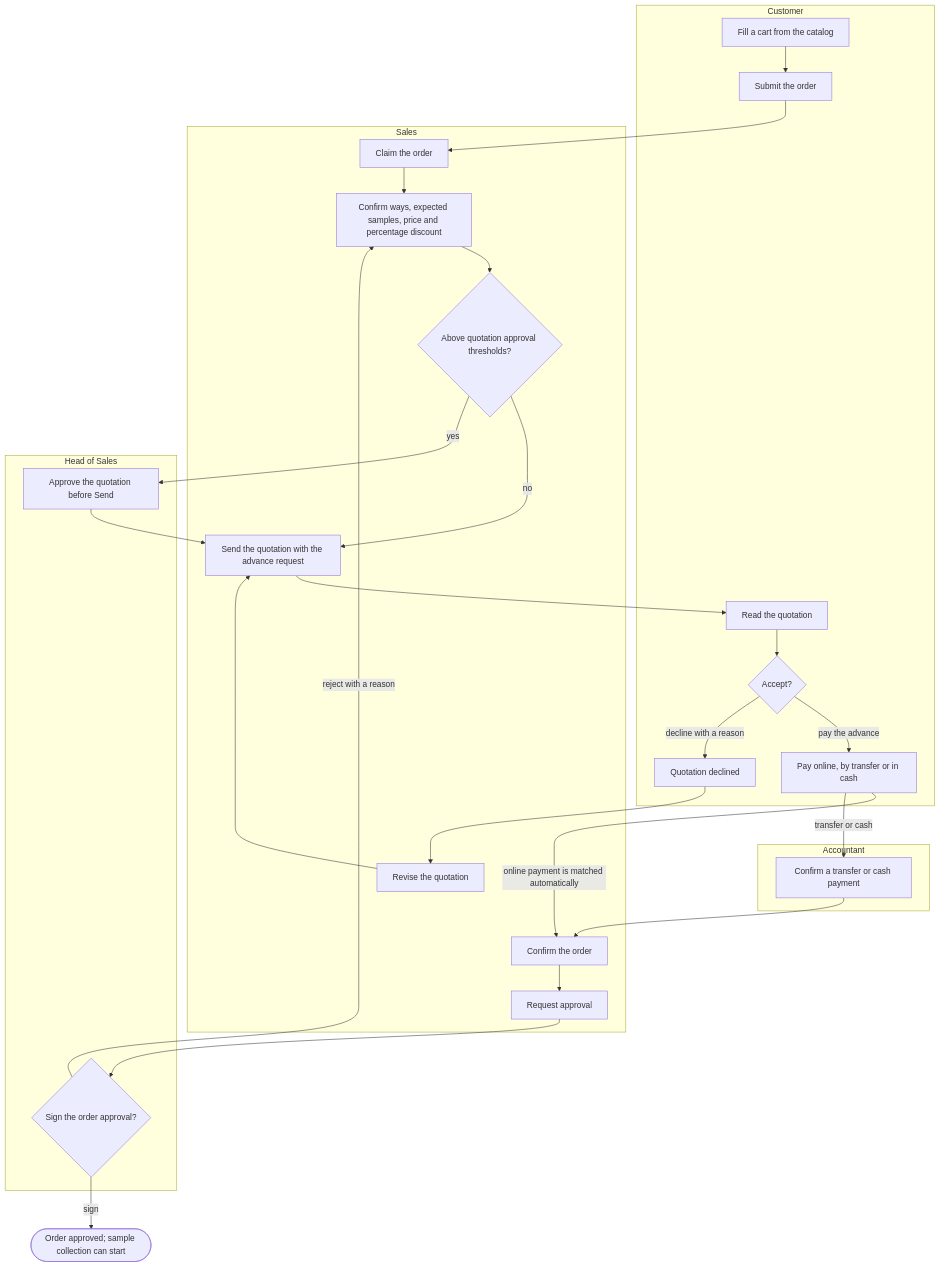
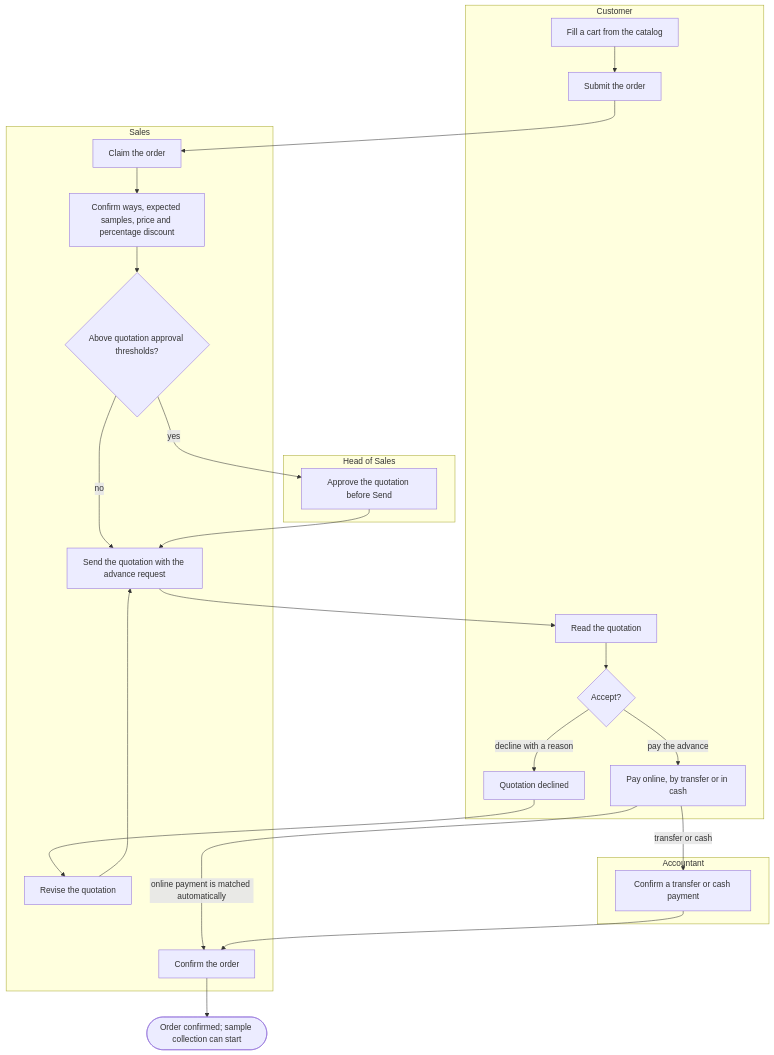
One commit to SoltuneMontepre/medilab changed the first of 17 diagrams in docs/functional/business-flows.md. Above: the diagram before and after it, drawn with Mermaid. The commit also changed other lines of this file and 27 other files, not shown here.

````diff
--- a/docs/functional/business-flows.md
+++ b/docs/functional/business-flows.md
@@ -49,32 +47,29 @@
 ```mermaid
 flowchart TD
     subgraph lane1 ["Customer"]
         c1[Fill a cart from the catalog] --> c2[Submit the order]
         c3[Read the quotation] --> c4{Accept?}
         c4 -->|pay the advance| c5[Pay online, by transfer or in cash]
         c4 -->|decline with a reason| c6[Quotation declined]
     end
     subgraph lane2 ["Sales"]
         s1[Claim the order] --> s2[Confirm ways, expected samples, price and percentage discount]
         s2 --> gate{Above quotation approval thresholds?}
         gate -->|no| s3[Send the quotation with the advance request]
-        s4[Confirm the order] --> s5[Request approval]
+        s4[Confirm the order]
         s6[Revise the quotation]
     end
     subgraph lane3 ["Accountant"]
         a1[Confirm a transfer or cash payment]
     end
     subgraph lane4 ["Head of Sales"]
         h0[Approve the quotation before Send]
-        h1{Sign the order approval?}
     end
     c2 --> s1
     gate -->|yes| h0 --> s3
     s3 --> c3
     c5 -->|online payment is matched automatically| s4
     c5 -->|transfer or cash| a1 --> s4
     c6 --> s6 --> s3
-    s5 --> h1
-    h1 -->|reject with a reason| s2
-    h1 -->|sign| done(["Order approved; sample collection can start"])
+    s4 --> done(["Order confirmed; sample collection can start"])
 ```
````
